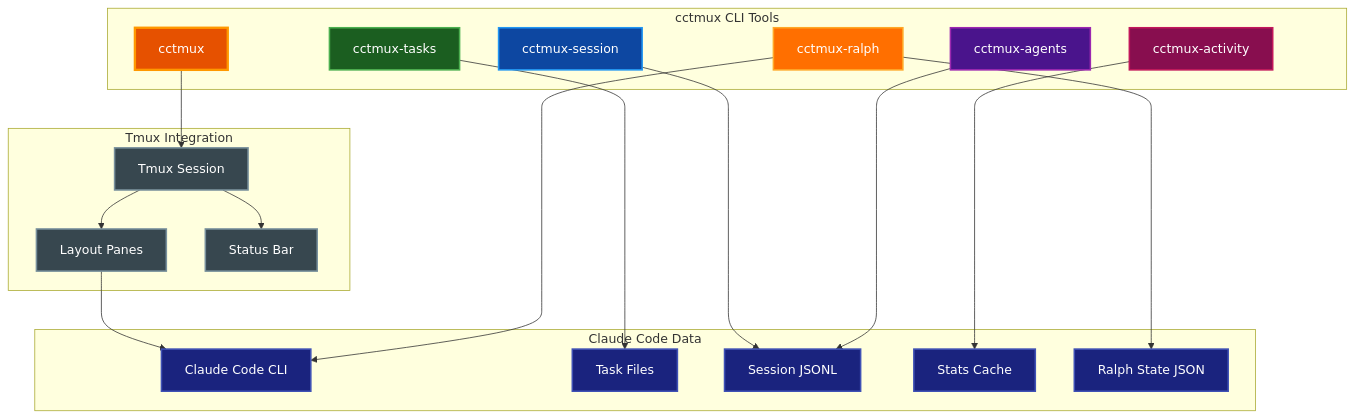
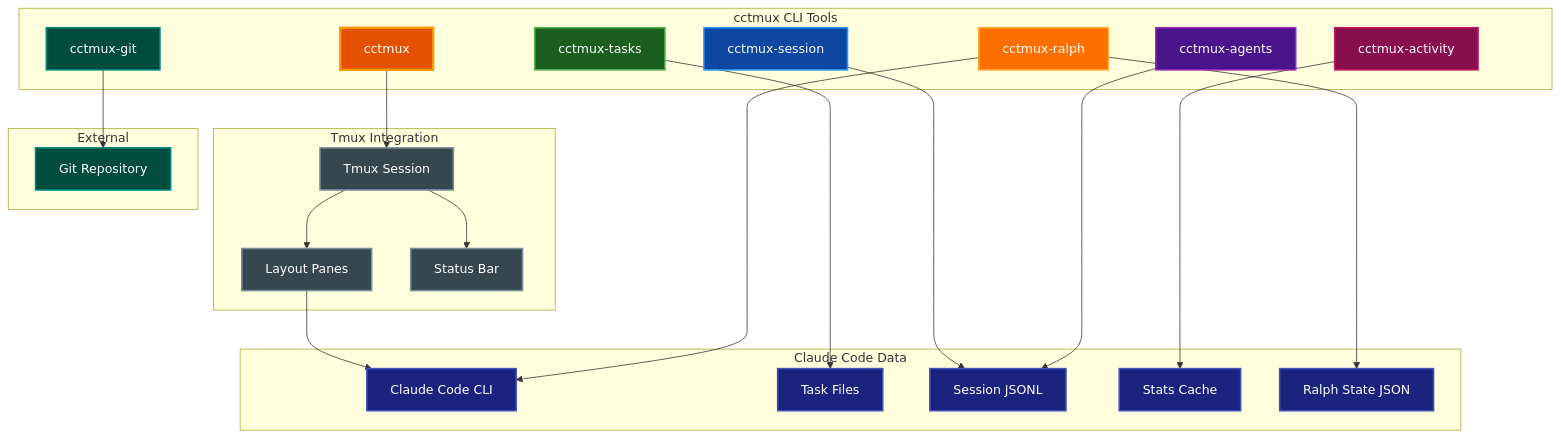
Before and after one commit to paulrobello/cctmux: the diagram in docs/README.md, drawn with Mermaid. The commit also changed other lines of this file and 1 other file, not shown here.

First line of the commit message:
docs: add changelog and update docs index with git monitor

````diff
--- a/docs/README.md
+++ b/docs/README.md
@@ -21,52 +21,60 @@
 ```mermaid
 graph TB
     subgraph "cctmux CLI Tools"
         Main[cctmux]
         Tasks[cctmux-tasks]
         Session[cctmux-session]
         Agents[cctmux-agents]
         Activity[cctmux-activity]
+        GitMon[cctmux-git]
         Ralph[cctmux-ralph]
     end
 
     subgraph "Tmux Integration"
         TmuxSession[Tmux Session]
         Panes[Layout Panes]
         StatusBar[Status Bar]
     end
 
     subgraph "Claude Code Data"
         Claude[Claude Code CLI]
         TaskFiles[Task Files]
         SessionFiles[Session JSONL]
         StatsCache[Stats Cache]
         RalphState[Ralph State JSON]
     end
 
+    subgraph "External"
+        GitRepo[Git Repository]
+    end
+
     Main --> TmuxSession
     TmuxSession --> Panes
     TmuxSession --> StatusBar
     Panes --> Claude
 
     Tasks --> TaskFiles
     Session --> SessionFiles
     Agents --> SessionFiles
     Activity --> StatsCache
+    GitMon --> GitRepo
     Ralph --> RalphState
     Ralph --> Claude
 
     style Main fill:#e65100,stroke:#ff9800,stroke-width:3px,color:#ffffff
     style Tasks fill:#1b5e20,stroke:#4caf50,stroke-width:2px,color:#ffffff
     style Session fill:#0d47a1,stroke:#2196f3,stroke-width:2px,color:#ffffff
     style Agents fill:#4a148c,stroke:#9c27b0,stroke-width:2px,color:#ffffff
     style Activity fill:#880e4f,stroke:#c2185b,stroke-width:2px,color:#ffffff
+    style GitMon fill:#004d40,stroke:#00897b,stroke-width:2px,color:#ffffff
     style Ralph fill:#ff6f00,stroke:#ffa726,stroke-width:2px,color:#ffffff
     style TmuxSession fill:#37474f,stroke:#78909c,stroke-width:2px,color:#ffffff
     style Panes fill:#37474f,stroke:#78909c,stroke-width:2px,color:#ffffff
     style StatusBar fill:#37474f,stroke:#78909c,stroke-width:2px,color:#ffffff
     style Claude fill:#1a237e,stroke:#3f51b5,stroke-width:2px,color:#ffffff
     style TaskFiles fill:#1a237e,stroke:#3f51b5,stroke-width:2px,color:#ffffff
     style SessionFiles fill:#1a237e,stroke:#3f51b5,stroke-width:2px,color:#ffffff
     style StatsCache fill:#1a237e,stroke:#3f51b5,stroke-width:2px,color:#ffffff
     style RalphState fill:#1a237e,stroke:#3f51b5,stroke-width:2px,color:#ffffff
+    style GitRepo fill:#004d40,stroke:#00897b,stroke-width:2px,color:#ffffff
 ```
````
